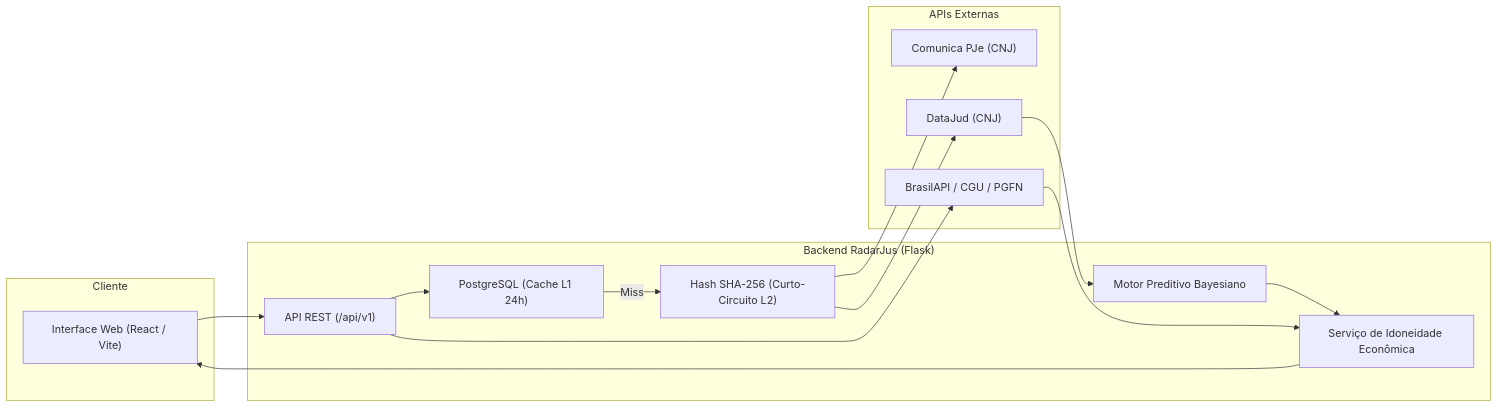
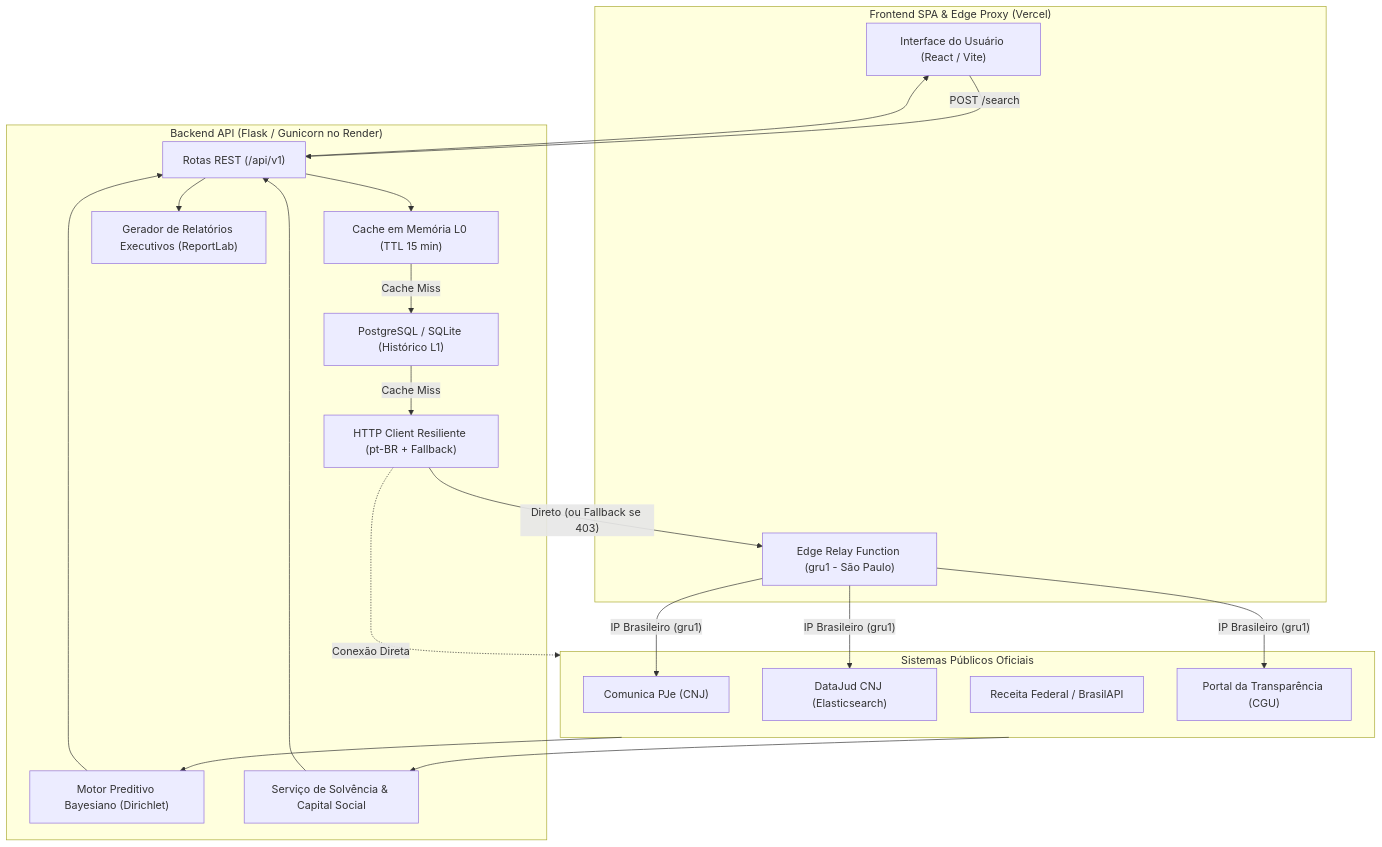
One commit to Matheusxr77/radarjud changed the diagram in README.md. Above: the diagram before and after it, drawn with Mermaid. The commit also changed other lines of this file and 1 other file, not shown here.

````diff
--- a/README.md
+++ b/README.md
@@ -44,31 +83,40 @@
 ```mermaid
-flowchart LR
-    subgraph Client["Cliente"]
-        Browser["Interface Web (React / Vite)"]
+flowchart TD
+    subgraph Frontend["Frontend SPA & Edge Proxy (Vercel)"]
+        UI["Interface do Usuário (React / Vite)"]
+        EdgeProxy["Edge Relay Function (gru1 - São Paulo)"]
     end
 
-    subgraph Backend["Backend RadarJus (Flask)"]
-        API["API REST (/api/v1)"]
-        CacheL1["PostgreSQL (Cache L1 24h)"]
-        CacheL2["Hash SHA-256 (Curto-Circuito L2)"]
-        BayesEngine["Motor Preditivo Bayesiano"]
-        EconEngine["Serviço de Idoneidade Econômica"]
+    subgraph Backend["Backend API (Flask / Gunicorn no Render)"]
+        API["Rotas REST (/api/v1)"]
+        CacheL0["Cache em Memória L0 (TTL 15 min)"]
+        CacheL1["PostgreSQL / SQLite (Histórico L1)"]
+        HttpClient["HTTP Client Resiliente (pt-BR + Fallback)"]
+        BayesEngine["Motor Preditivo Bayesiano (Dirichlet)"]
+        EconEngine["Serviço de Solvência & Capital Social"]
+        PDFGen["Gerador de Relatórios Executivos (ReportLab)"]
     end
 
-    subgraph ExtAPIs["APIs Externas"]
-        PJe["Comunica PJe (CNJ)"]
-        DataJud["DataJud (CNJ)"]
-        GovAPIs["BrasilAPI / CGU / PGFN"]
+    subgraph GovAPIs["Sistemas Públicos Oficiais"]
+        ComunicaPJe["Comunica PJe (CNJ)"]
+        DataJud["DataJud CNJ (Elasticsearch)"]
+        Receita["Receita Federal / BrasilAPI"]
+        CGU["Portal da Transparência (CGU)"]
     end
 
-    Browser --> API
-    API --> CacheL1
-    CacheL1 -- "Miss" --> CacheL2
-    CacheL2 --> PJe
-    CacheL2 --> DataJud
-    API --> GovAPIs
-    DataJud --> BayesEngine
+    UI -->|"POST /search"| API
+    API --> CacheL0
+    CacheL0 -- "Cache Miss" --> CacheL1
+    CacheL1 -- "Cache Miss" --> HttpClient
+    HttpClient -->|"Direto (ou Fallback se 403)"| EdgeProxy
+    HttpClient -.->|"Conexão Direta"| GovAPIs
+    EdgeProxy -->|"IP Brasileiro (gru1)"| ComunicaPJe
+    EdgeProxy -->|"IP Brasileiro (gru1)"| DataJud
+    EdgeProxy -->|"IP Brasileiro (gru1)"| CGU
+    GovAPIs --> BayesEngine
     GovAPIs --> EconEngine
-    BayesEngine --> EconEngine
-    EconEngine --> Browser
+    BayesEngine --> API
+    EconEngine --> API
+    API --> PDFGen
+    API --> UI
 ```
````
